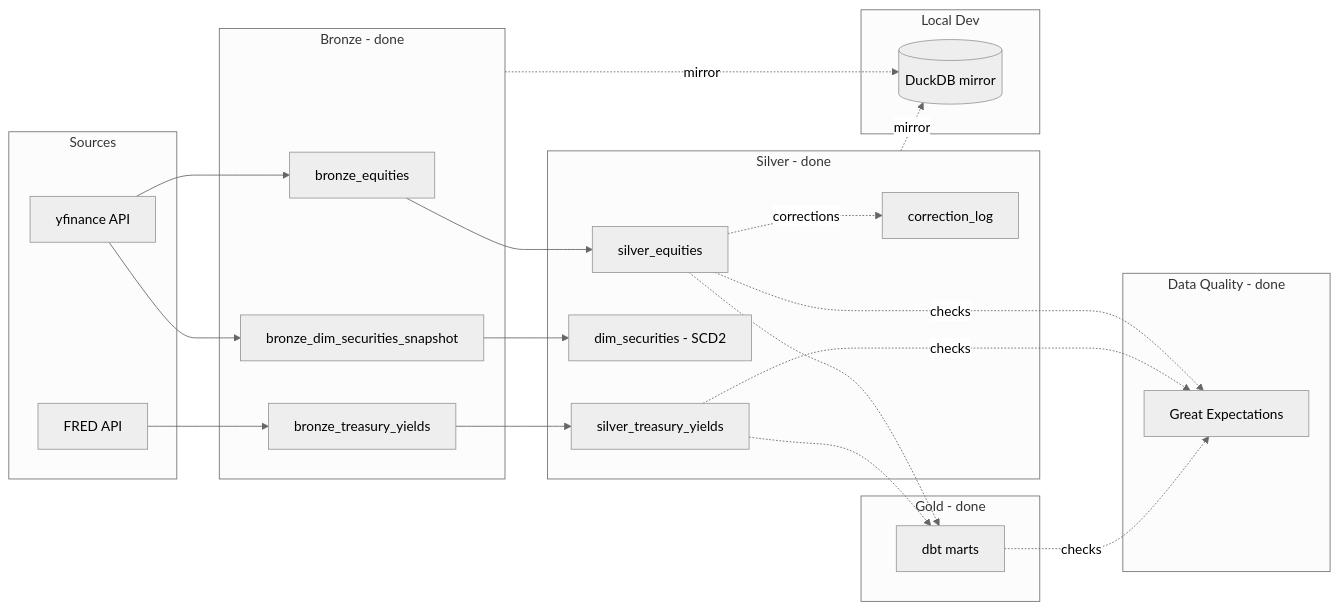
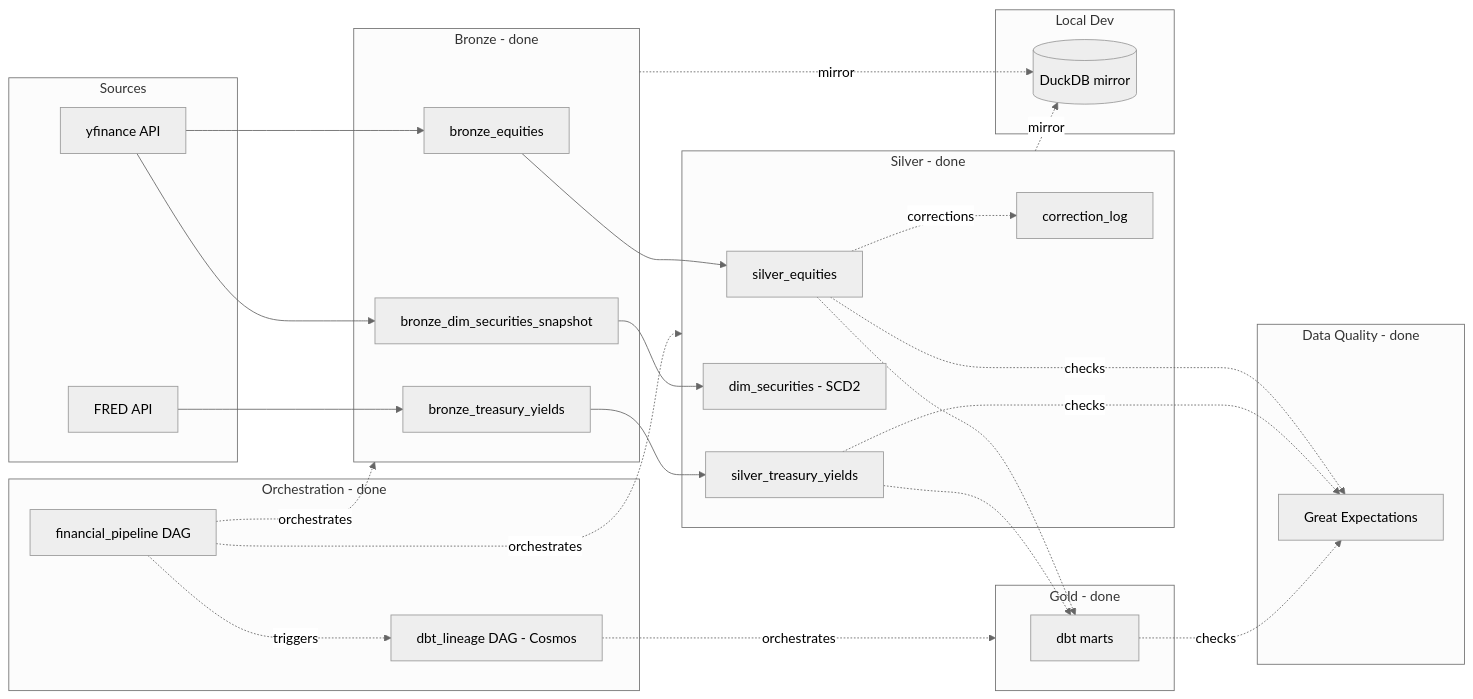
The diagram in README.md (hoover180/financial-market-data-pipeline), drawn with Mermaid (neutral theme) before and after one commit. The commit also changed other lines of this file, not shown here.

Commit message:
docs: README — Phase 8 complete, astronomer-cosmos added to tech stack, orchestration screenshots

````diff
--- a/README.md
+++ b/README.md
@@ -18,44 +18,53 @@
 ```mermaid
 flowchart LR
     subgraph Sources
         YF[yfinance API]
         FRED[FRED API]
     end
 
     subgraph Bronze[Bronze - done]
         BE[bronze_equities]
         BD[bronze_dim_securities_snapshot]
         BT[bronze_treasury_yields]
     end
 
     subgraph Silver[Silver - done]
         SE[silver_equities]
         DS[dim_securities - SCD2]
         CL[correction_log]
         ST[silver_treasury_yields]
     end
 
     subgraph Gold[Gold - done]
         G[dbt marts]
     end
 
     subgraph Quality[Data Quality - done]
         GE[Great Expectations]
     end
 
     subgraph Local[Local Dev]
         DDB[(DuckDB mirror)]
     end
 
+    subgraph Orchestration[Orchestration - done]
+        FP[financial_pipeline DAG]
+        DL[dbt_lineage DAG - Cosmos]
+    end
+
     YF --> BE --> SE
     FRED --> BT --> ST
     YF --> BD --> DS
     SE -.corrections.-> CL
     SE -.-> G
     ST -.-> G
     SE -.checks.-> GE
     ST -.checks.-> GE
     G -.checks.-> GE
     Bronze -.mirror.-> DDB
     Silver -.mirror.-> DDB
+    FP -.orchestrates.-> Bronze
+    FP -.orchestrates.-> Silver
+    FP -.triggers.-> DL
+    DL -.orchestrates.-> Gold
 ```
````
